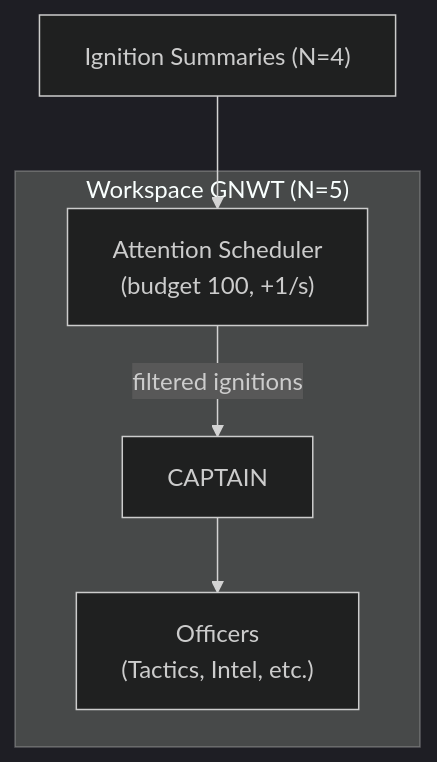
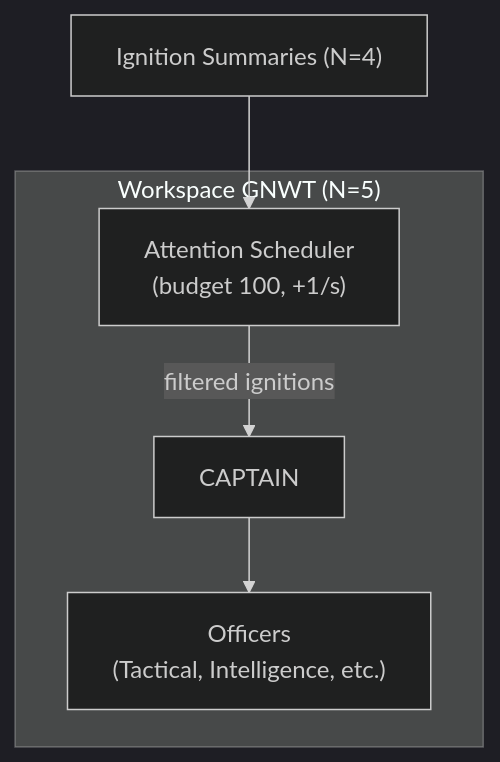
Before and after one commit to AlainCo/GNWT-Garrigue-X-en: the fifth of 8 diagrams in architecture/architecture.md, drawn with Mermaid (dark theme). The commit also changed other lines of this file and 31 other files, not shown here.

````diff
--- a/architecture/architecture.md
+++ b/architecture/architecture.md
@@ -101,12 +100,12 @@
 ```mermaid
 flowchart TD
     subgraph Workspace ["Workspace GNWT (N=5)"]
         Sched["Attention Scheduler\n(budget 100, +1/s)"]
         Capitaine["CAPTAIN"]
-        Officiers["Officers\n(Tactics, Intel, etc.)"]
+        Officiers["Officers\n(Tactical, Intelligence, etc.)"]
     end
 
-    SousN4["Ignition Summaries (N=4)"] --> Sched
+    N4["Ignition Summaries (N=4)"] --> Sched
     Sched -->|"filtered ignitions"| Capitaine
     Capitaine --> Officiers
 ```
````
